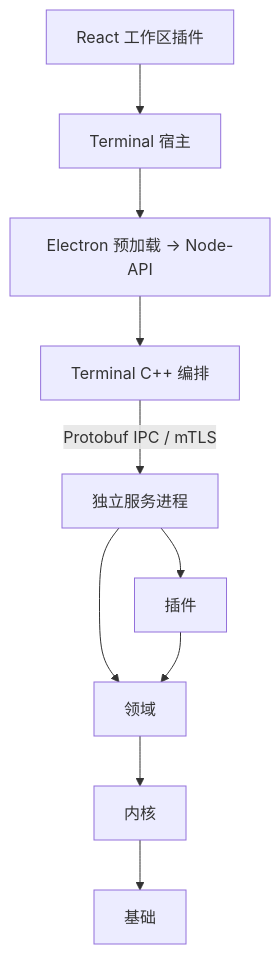
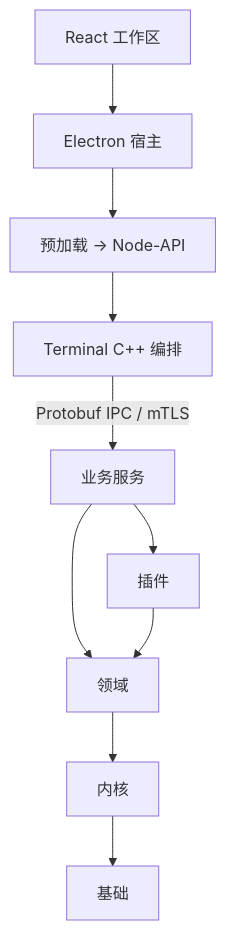
One commit to isqiwen/asterion-terminal changed the first of 2 diagrams in docs/architecture.md. Above: the diagram before and after it, drawn with Mermaid. The commit also changed other lines of this file and 145 other files, not shown here.

````diff
--- a/docs/architecture.md
+++ b/docs/architecture.md
@@ -27,12 +17,12 @@
 ```mermaid
 flowchart TB
-  UI[React 工作区插件] --> Host[Terminal 宿主]
-  Host --> Bridge[Electron 预加载 → Node-API]
+  UI[React 工作区] --> Host[Electron 宿主]
+  Host --> Bridge[预加载 → Node-API]
   Bridge --> App[Terminal C++ 编排]
-  App -->|Protobuf IPC / mTLS| Services[独立服务进程]
+  App -->|Protobuf IPC / mTLS| Services[业务服务]
   Services --> Plugins[插件]
   Services --> Domain[领域]
   Plugins --> Domain
   Domain --> Kernel[内核]
   Kernel --> Foundation[基础]
 ```
````
